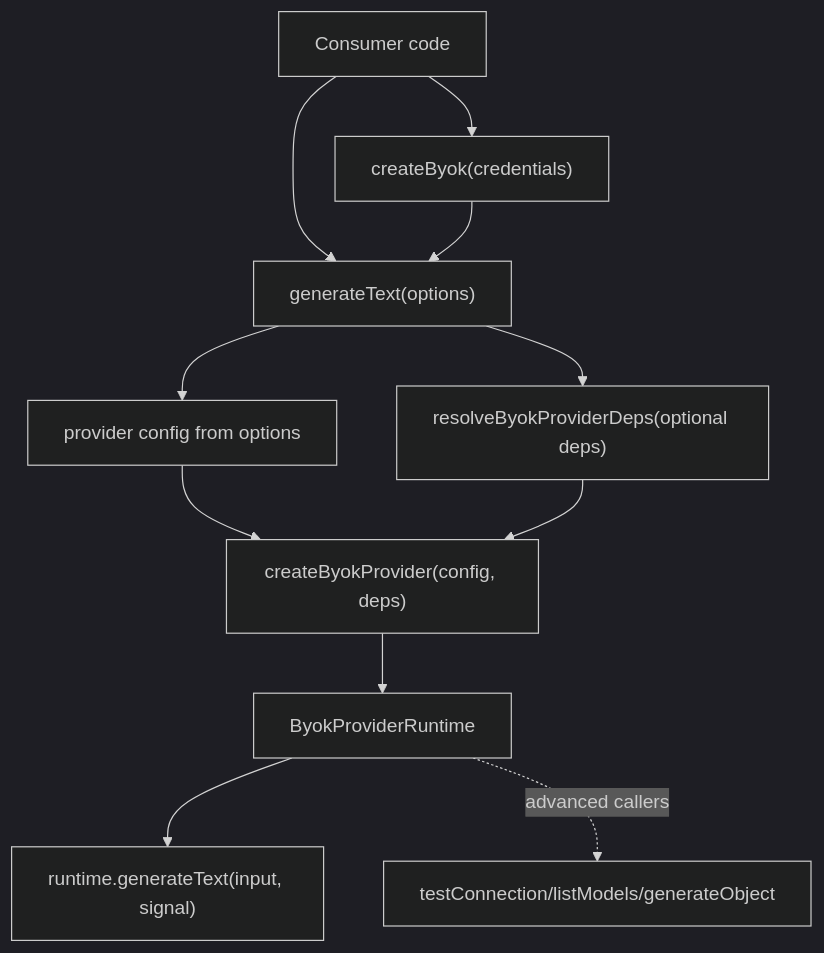
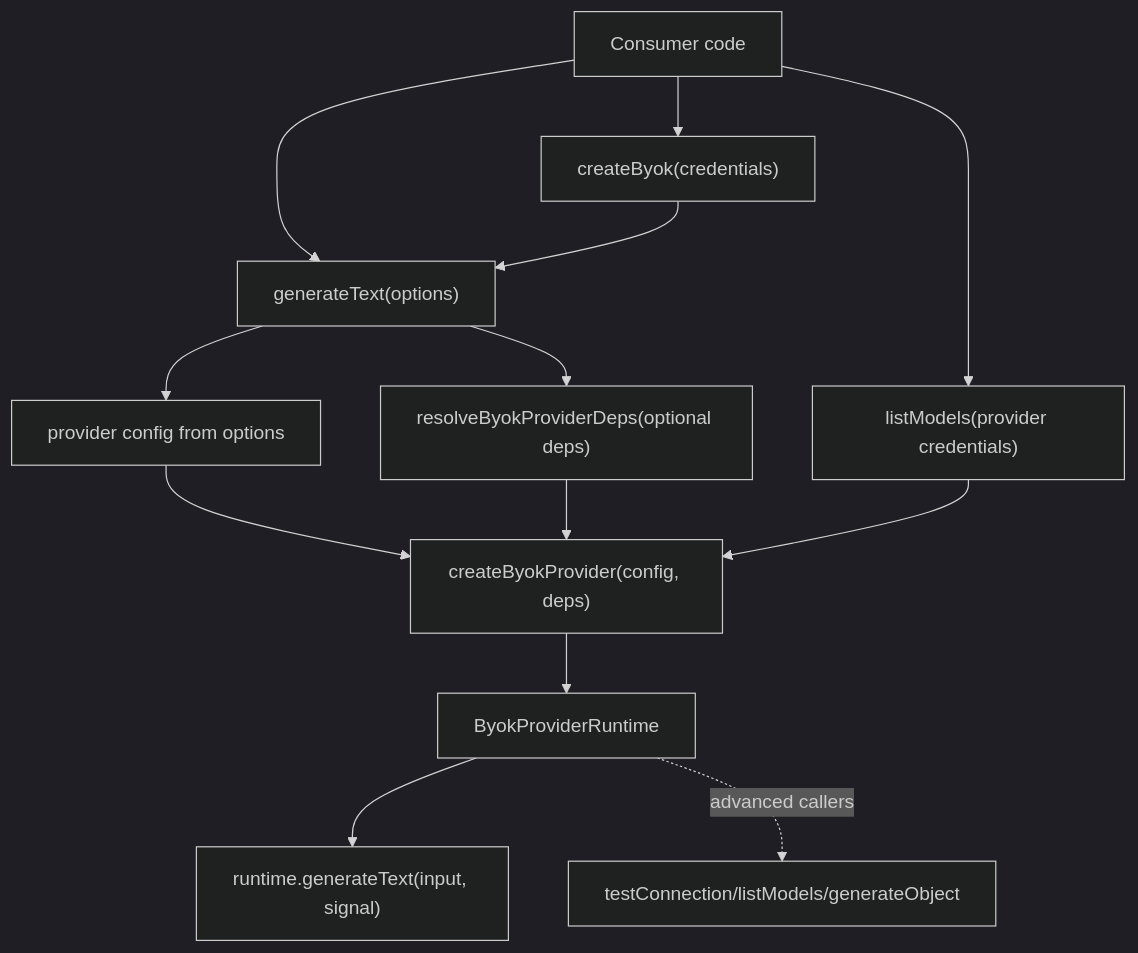
Before and after one commit to swartzrock/obsidian-firstrecall-plugin: the diagram in docs/plans/2026-07-03-001-feat-byok-function-first-api-plan.md, drawn with Mermaid (dark theme). The commit also changed other lines of this file and 9 other files, not shown here.

````diff
--- a/docs/plans/2026-07-03-001-feat-byok-function-first-api-plan.md
+++ b/docs/plans/2026-07-03-001-feat-byok-function-first-api-plan.md
@@ -107,13 +107,15 @@
 ```mermaid
 flowchart TB
   User["Consumer code"] --> Facade["generateText(options)"]
   User --> Client["createByok(credentials)"]
+  User --> Models["listModels(provider credentials)"]
   Client --> Facade
   Facade --> Deps["resolveByokProviderDeps(optional deps)"]
   Facade --> Config["provider config from options"]
   Config --> Factory["createByokProvider(config, deps)"]
   Deps --> Factory
   Factory --> Runtime["ByokProviderRuntime"]
   Runtime --> Text["runtime.generateText(input, signal)"]
+  Models --> Factory
   Runtime -. "advanced callers" .-> Status["testConnection/listModels/generateObject"]
 ```
````
